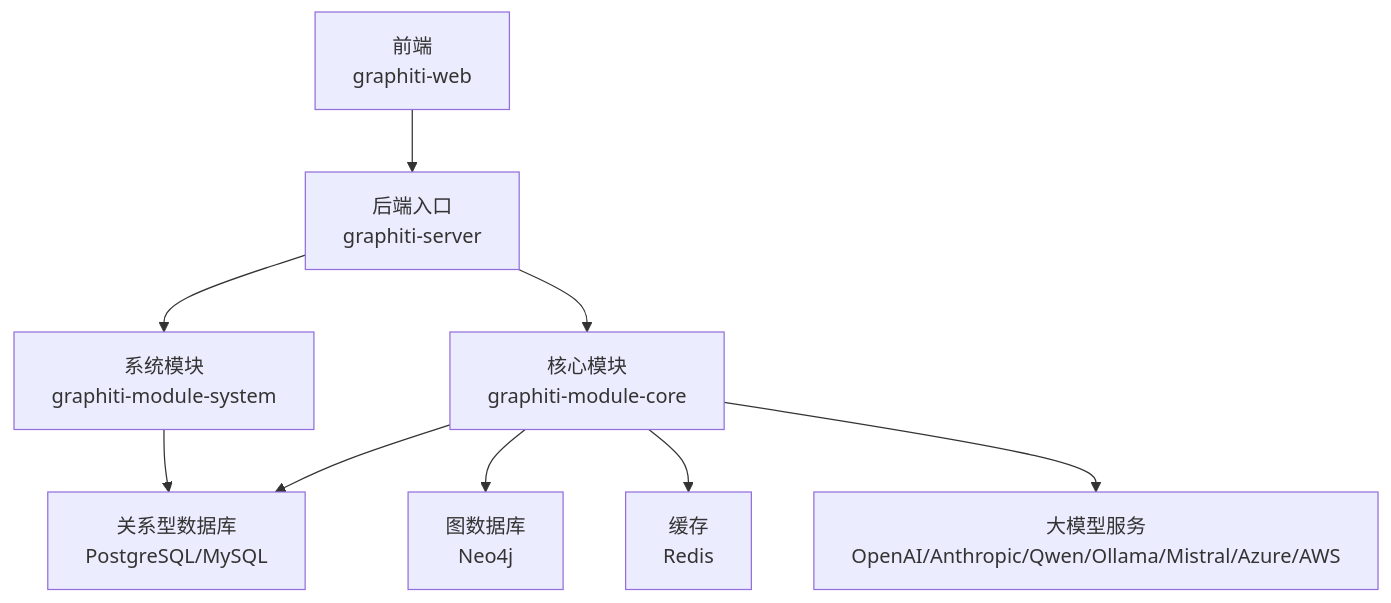
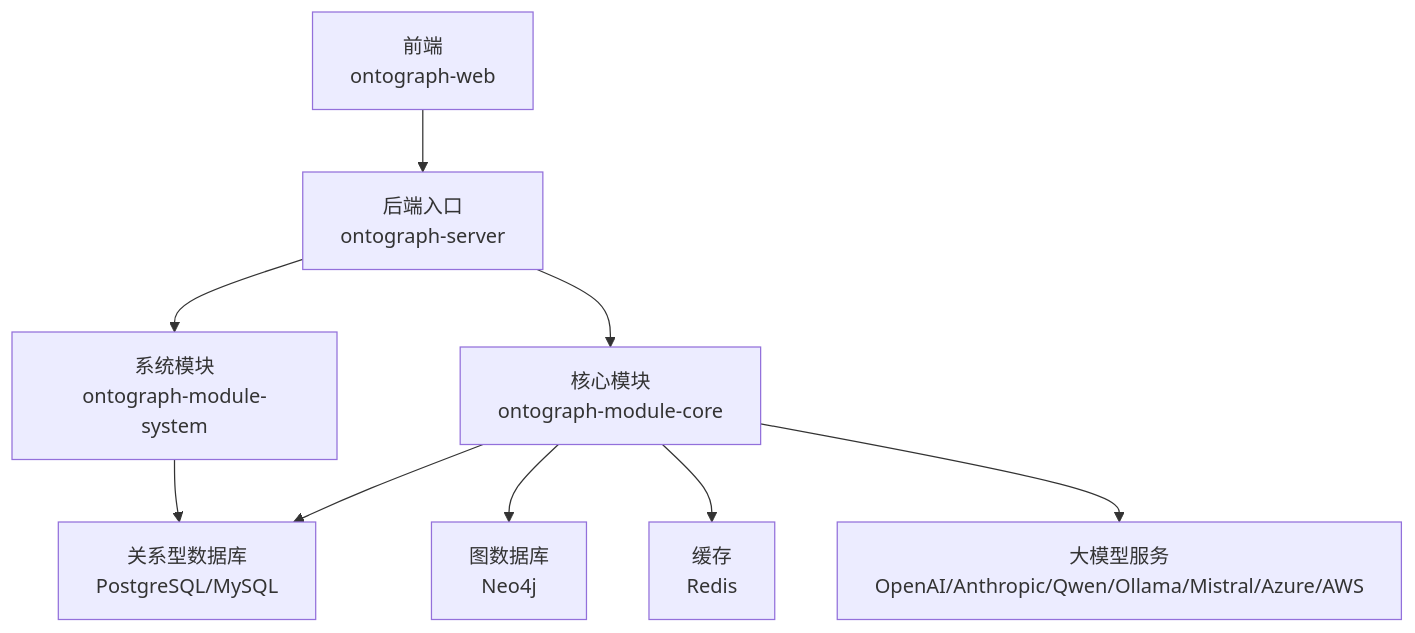
The second of 7 diagrams in docs/manual/架构设计/架构设计.md (joezxh/graphiti-java), drawn with Mermaid before and after one commit. The commit also changed other lines of this file and 200 other files, not shown here.

````diff
--- a/docs/manual/架构设计/架构设计.md
+++ b/docs/manual/架构设计/架构设计.md
@@ -114,11 +114,11 @@
 ```mermaid
 graph TB
-FE["前端<br/>graphiti-web"] --> API["后端入口<br/>graphiti-server"]
-API --> SYS["系统模块<br/>graphiti-module-system"]
-API --> CORE["核心模块<br/>graphiti-module-core"]
+FE["前端<br/>ontograph-web"] --> API["后端入口<br/>ontograph-server"]
+API --> SYS["系统模块<br/>ontograph-module-system"]
+API --> CORE["核心模块<br/>ontograph-module-core"]
 CORE --> DB["关系型数据库<br/>PostgreSQL/MySQL"]
 CORE --> GRAPH["图数据库<br/>Neo4j"]
 CORE --> CACHE["缓存<br/>Redis"]
 SYS --> DB
 CORE --> LLM["大模型服务<br/>OpenAI/Anthropic/Qwen/Ollama/Mistral/Azure/AWS"]
 ```
````
